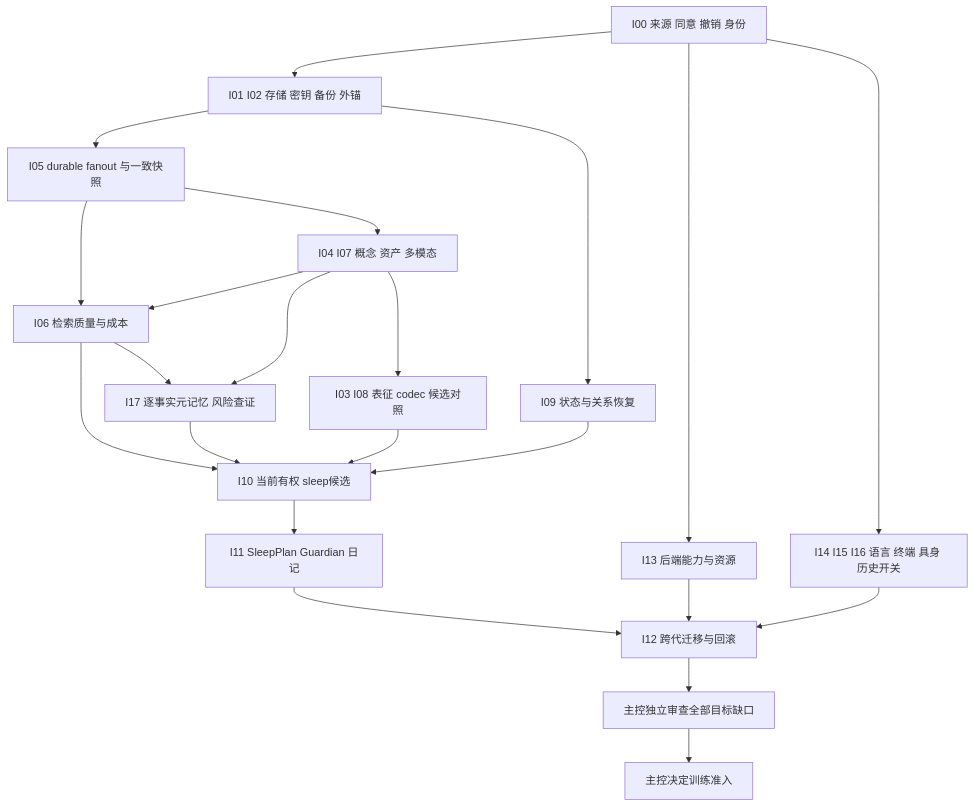
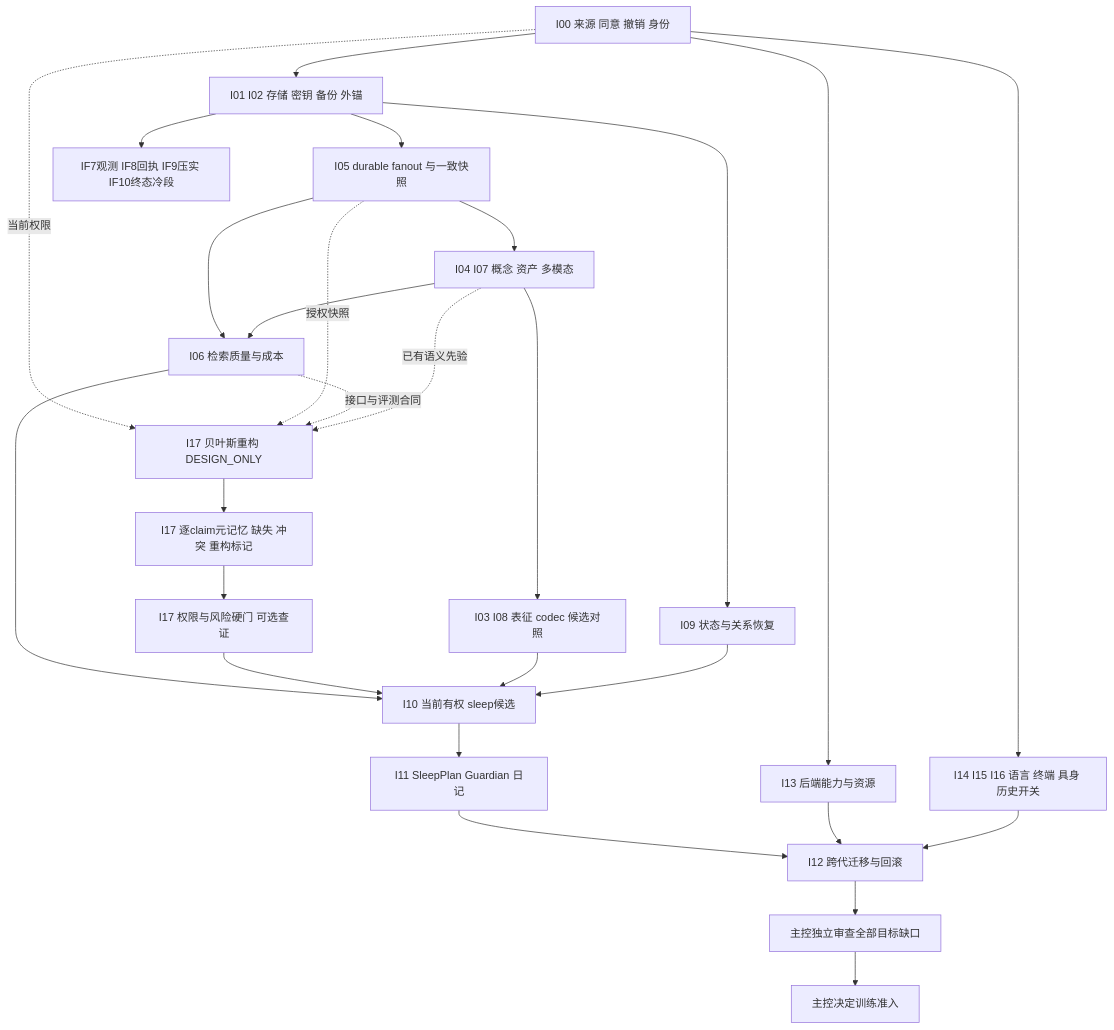
The diagram in docs/AEMC-INFRASTRUCTURE.md (saigyujikingyo-png/companion-core), drawn with Mermaid before and after one commit. The commit also changed other lines of this file and 103 other files, not shown here.

````diff
--- a/docs/AEMC-INFRASTRUCTURE.md
+++ b/docs/AEMC-INFRASTRUCTURE.md
@@ -44,24 +45,29 @@
 ```mermaid
 flowchart TD
   A[I00 来源 同意 撤销 身份] --> B[I01 I02 存储 密钥 备份 外锚]
   B --> C[I05 durable fanout 与一致快照]
+  B --> R[IF7观测 IF8回执 IF9压实 IF10终态冷段]
   C --> D[I04 I07 概念 资产 多模态]
   C --> E[I06 检索质量与成本]
   B --> F[I09 状态与关系恢复]
   D --> E
-  E --> V[I17 逐事实元记忆 风险查证]
-  D --> V
+  A -. 当前权限 .-> Q[I17 贝叶斯重构 DESIGN_ONLY]
+  C -. 授权快照 .-> Q
+  E -. 接口与评测合同 .-> Q
+  D -. 已有语义先验 .-> Q
+  Q --> V[I17 逐claim元记忆 缺失 冲突 重构标记]
+  V --> W[I17 权限与风险硬门 可选查证]
   D --> G[I03 I08 表征 codec 候选对照]
   E --> H[I10 当前有权 sleep候选]
-  V --> H
+  W --> H
   G --> H
   F --> H
   H --> I[I11 SleepPlan Guardian 日记]
   A --> J[I13 后端能力与资源]
   A --> K[I14 I15 I16 语言 终端 具身 历史开关]
   I --> L[I12 跨代迁移与回滚]
   J --> L
   K --> L
   L --> M[主控独立审查全部目标缺口]
   M --> N[主控决定训练准入]
 ```
````
